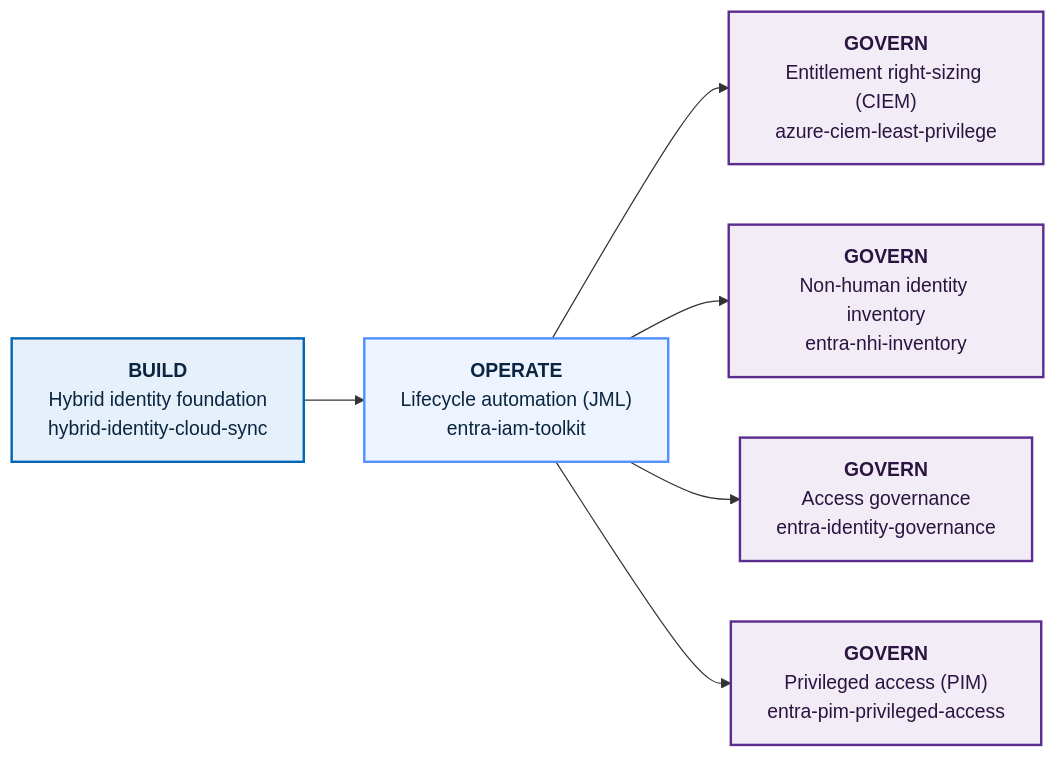
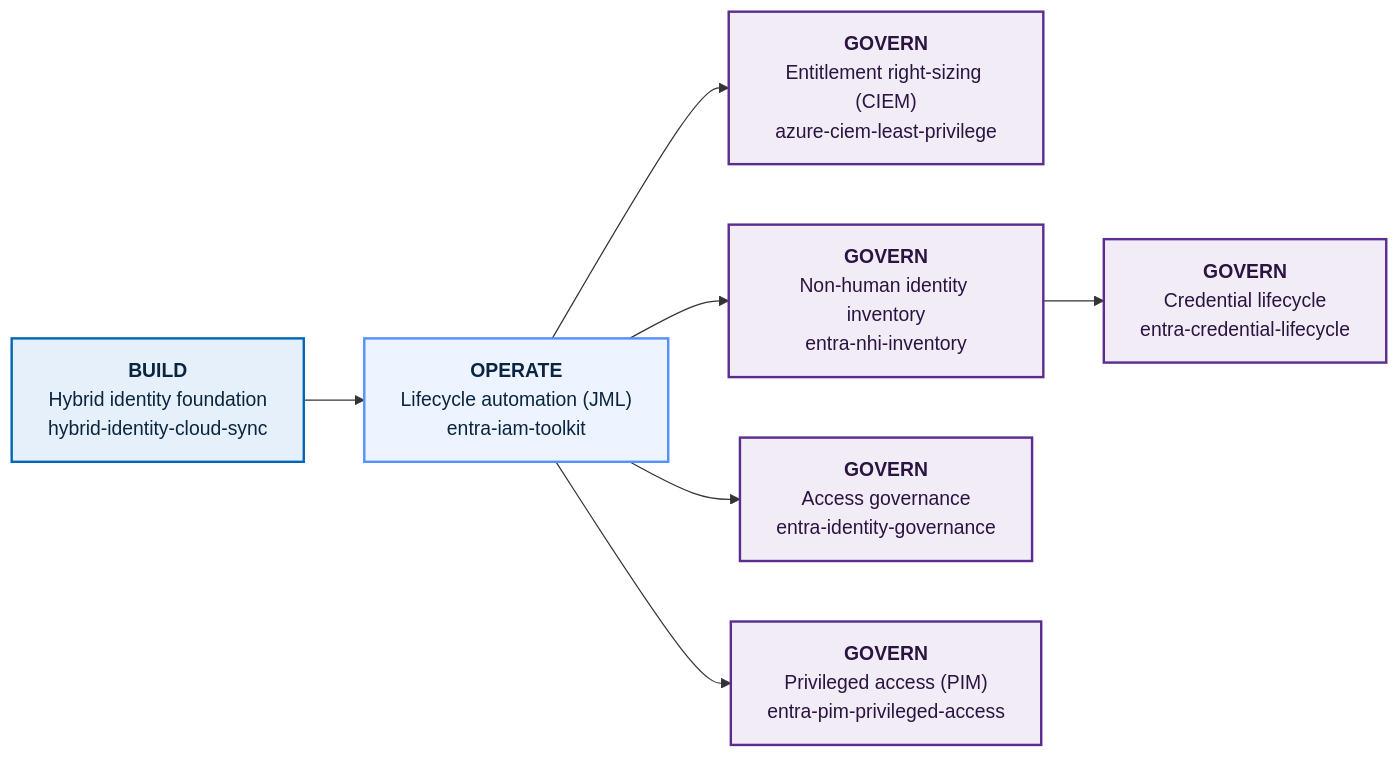
One commit to jeff6942016/entra-identity-platform changed the diagram in README.md. Above: the diagram before and after it, drawn with Mermaid. The commit also changed other lines of this file and 10 other files, not shown here.

First line of the commit message:
Add entra-credential-lifecycle lab: kill the standing secret

````diff
--- a/README.md
+++ b/README.md
@@ -22,21 +22,24 @@
 ```mermaid
 flowchart LR
     BUILD["<b>BUILD</b><br/>Hybrid identity foundation<br/>hybrid-identity-cloud-sync"]
     OPERATE["<b>OPERATE</b><br/>Lifecycle automation (JML)<br/>entra-iam-toolkit"]
     CIEM["<b>GOVERN</b><br/>Entitlement right-sizing (CIEM)<br/>azure-ciem-least-privilege"]
     NHI["<b>GOVERN</b><br/>Non-human identity inventory<br/>entra-nhi-inventory"]
+    CRED["<b>GOVERN</b><br/>Credential lifecycle<br/>entra-credential-lifecycle"]
     IG["<b>GOVERN</b><br/>Access governance<br/>entra-identity-governance"]
     PIM["<b>GOVERN</b><br/>Privileged access (PIM)<br/>entra-pim-privileged-access"]
 
     BUILD --> OPERATE --> CIEM
     OPERATE --> NHI
+    NHI --> CRED
     OPERATE --> IG
     OPERATE --> PIM
 
     style BUILD fill:#e6f0fa,stroke:#0067b8,stroke-width:2px,color:#0a2540
     style OPERATE fill:#eef4ff,stroke:#5391FE,stroke-width:2px,color:#0a2540
     style CIEM fill:#f2ecf7,stroke:#5C2D91,stroke-width:2px,color:#2a1440
     style NHI fill:#f2ecf7,stroke:#5C2D91,stroke-width:2px,color:#2a1440
+    style CRED fill:#f2ecf7,stroke:#5C2D91,stroke-width:2px,color:#2a1440
     style IG fill:#f2ecf7,stroke:#5C2D91,stroke-width:2px,color:#2a1440
     style PIM fill:#f2ecf7,stroke:#5C2D91,stroke-width:2px,color:#2a1440
 ```
````
